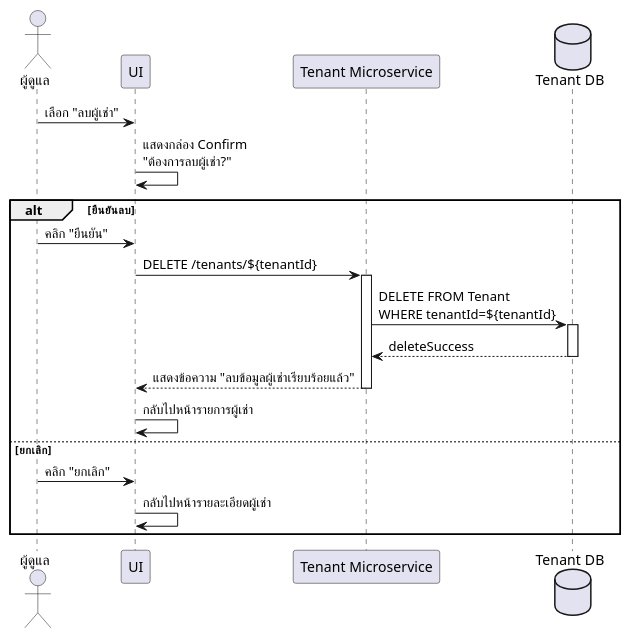
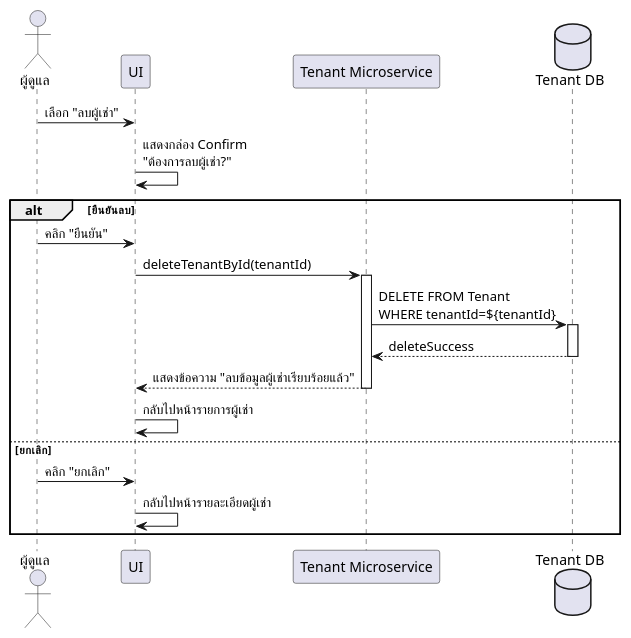
Before and after one commit to warinyang/UML-monthly-room-rent: the diagram in usecase08_delete_tenent.plantuml, drawn with PlantUML.

Commit message:
ลบความเป็น API

```diff
--- a/usecase08_delete_tenent.plantuml
+++ b/usecase08_delete_tenent.plantuml
@@ -1,27 +1,27 @@
 @startuml ลบผู้เช่า
 skinparam defaultFontName "TH Sarabun New"
 
 actor "ผู้ดูแล" as Admin
 participant "UI" as UI
 participant "Tenant Microservice" as MS
 database "Tenant DB" as DB
 
 Admin -> UI      : เลือก "ลบผู้เช่า"
 UI -> UI         : แสดงกล่อง Confirm\n"ต้องการลบผู้เช่า?"
 alt ยืนยันลบ
     Admin -> UI      : คลิก "ยืนยัน"
-    UI -> MS         : DELETE /tenants/${tenantId}
+    UI -> MS         : deleteTenantById(tenantId)
     activate MS
     MS -> DB         : DELETE FROM Tenant\nWHERE tenantId=${tenantId}
     activate DB
     DB --> MS        : deleteSuccess
     deactivate DB
     MS --> UI        : แสดงข้อความ "ลบข้อมูลผู้เช่าเรียบร้อยแล้ว"
     deactivate MS
     UI -> UI         : กลับไปหน้ารายการผู้เช่า
 else ยกเลิก
     Admin -> UI      : คลิก "ยกเลิก"
     UI -> UI     : กลับไปหน้ารายละเอียดผู้เช่า
 end
 deactivate UI
 @enduml
```
